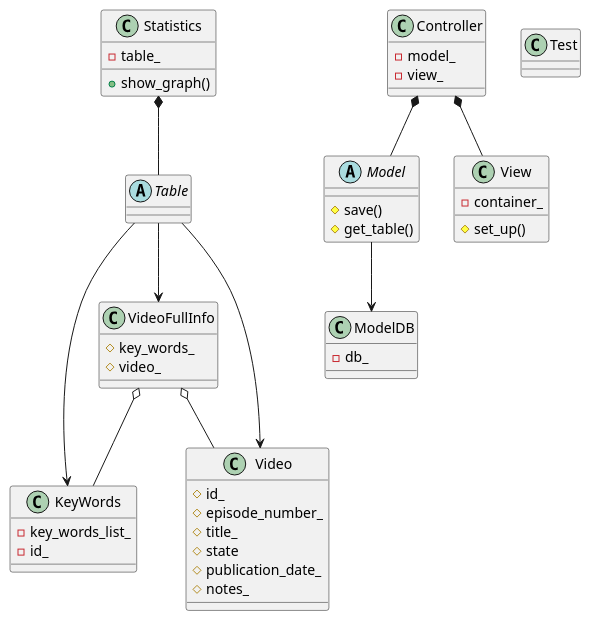
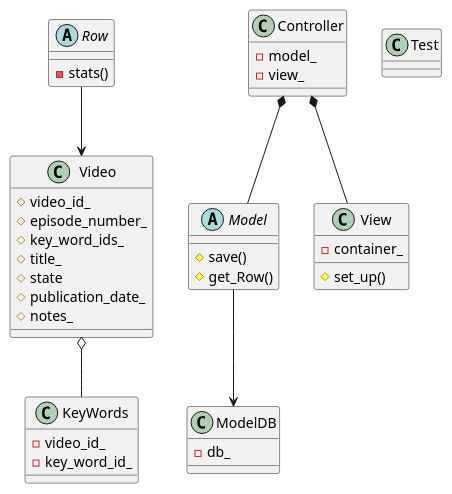
Before and after one commit to Wojtek130/Project_Video_Database: the diagram in uml/diagram.plantuml, drawn with PlantUML. The commit also changed 1 other file, not shown here.

Commit message:
class diagram updated

```diff
--- a/uml/diagram.plantuml
+++ b/uml/diagram.plantuml
@@ -1,63 +1,50 @@
 @startuml Class Diagram
 
-abstract class Table{
+abstract class Row{
+    -stats()
 }
 class Controller{
     -model_
     -view_
 }
 abstract class Model{
     #save()
-    #get_table()
+    #get_Row()
 }
 class ModelDB{
     -db_
 }
 class KeyWords{
-    -key_words_list_
-    -id_
+    -video_id_
+    -key_word_id_
 }
 
 class View{
     -container_
     #set_up()
 }
 class Video {
-    #id_
+    #video_id_
     #episode_number_
+    #key_word_ids_
     #title_
     #state
     #publication_date_
     #notes_
 }
 
-class VideoFullInfo {
-    #key_words_
-    #video_
 
-}
-class Statistics{
-    -table_
-    +show_graph()
-}
 class Test
 
 Controller *-- Model
 
 Controller *-- View
 
-Table --> Video
+Row --> Video
 
-Table --> KeyWords
-
-Table --> VideoFullInfo
-
-VideoFullInfo o-- Video
-
-VideoFullInfo o-- KeyWords
+Video o-- KeyWords
 
 Model --> ModelDB
 
-Statistics *-- Table
 
 @enduml
```
